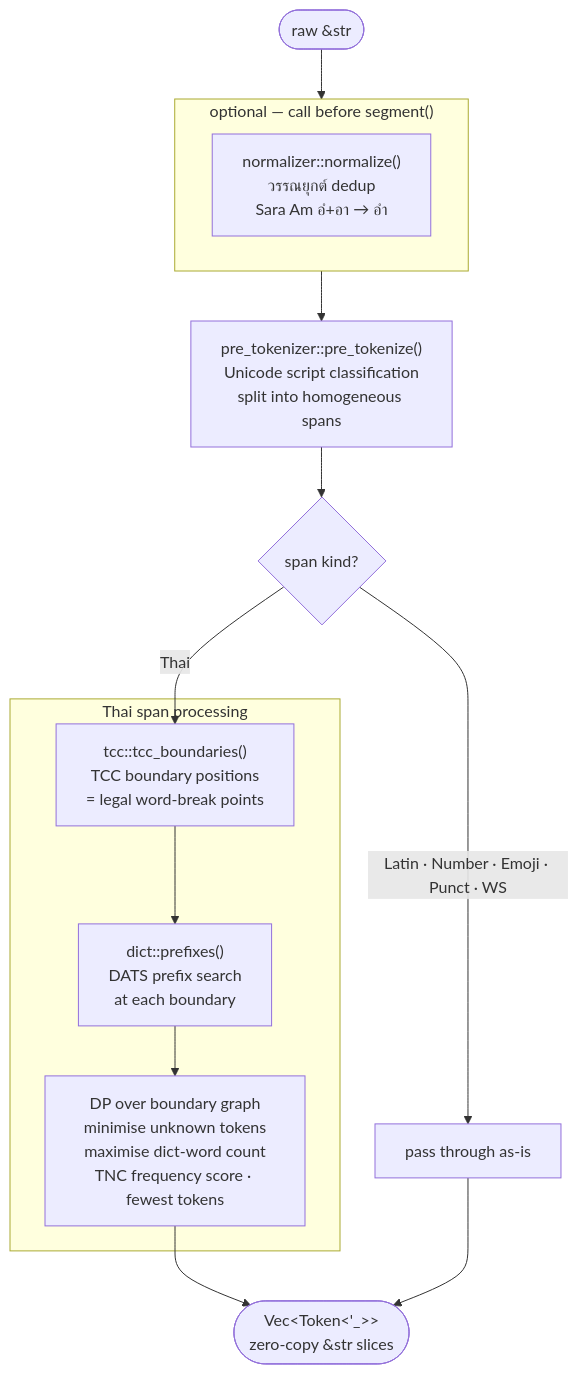
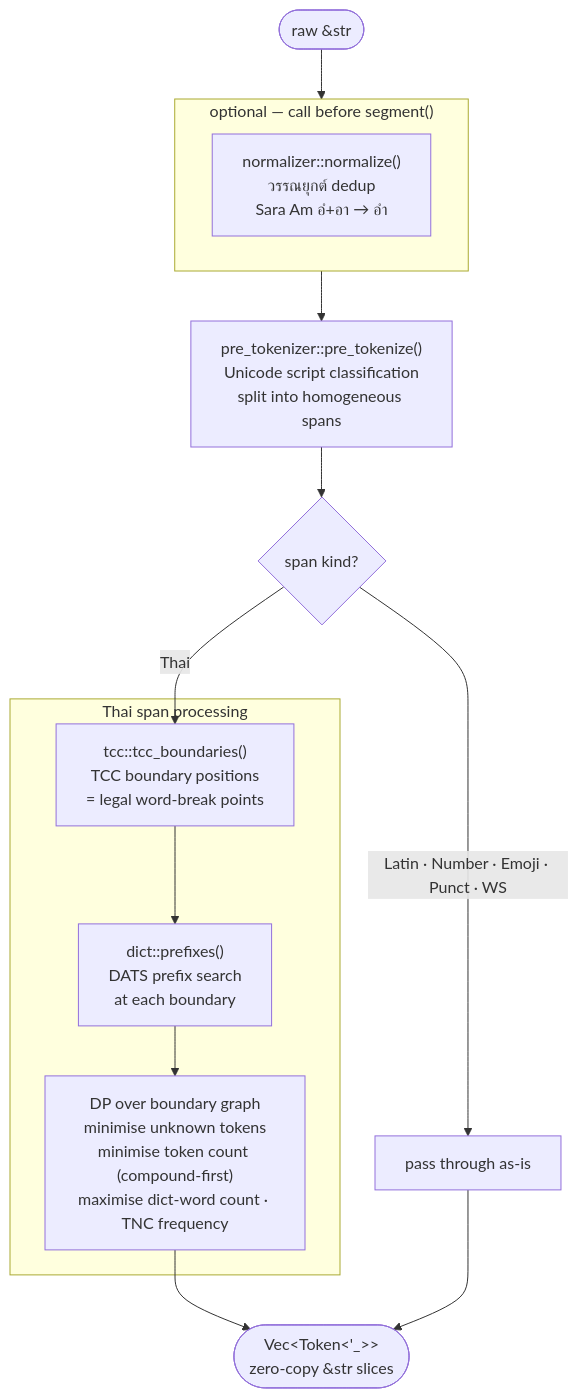
One commit to preedep/kham changed the fourth of 6 diagrams in doc/architecture.md. Above: the diagram before and after it, drawn with Mermaid. The commit also changed other lines of this file and 2 other files, not shown here.

First line of the commit message:
docs: update README, architecture, ADR-005 for compound-first DP scoring

````diff
--- a/doc/architecture.md
+++ b/doc/architecture.md
@@ -204,24 +204,24 @@
 ```mermaid
 flowchart TD
     INPUT(["raw &str"])
 
     subgraph OPTIONAL["optional — call before segment()"]
         NORM["normalizer::normalize()\nวรรณยุกต์ dedup\nSara Am อํ+อา → อำ"]
     end
 
     PRE["pre_tokenizer::pre_tokenize()\nUnicode script classification\nsplit into homogeneous spans"]
     SPLIT{span kind?}
     PASS["pass through as-is"]
 
     subgraph THAI_PATH["Thai span processing"]
         TCC["tcc::tcc_boundaries()\nTCC boundary positions\n= legal word-break points"]
         DICT["dict::prefixes()\nDATS prefix search\nat each boundary"]
-        DAG["DP over boundary graph\nminimise unknown tokens\nmaximise dict-word count\nTNC frequency score · fewest tokens"]
+        DAG["DP over boundary graph\nminimise unknown tokens\nminimise token count (compound-first)\nmaximise dict-word count · TNC frequency"]
     end
 
     MERGE(["Vec&lt;Token&lt;'_&gt;&gt;\nzero-copy &str slices"])
 
     INPUT --> OPTIONAL --> PRE --> SPLIT
     SPLIT -->|"Thai"| TCC --> DICT --> DAG --> MERGE
     SPLIT -->|"Latin · Number · Emoji · Punct · WS"| PASS --> MERGE
 ```
````
